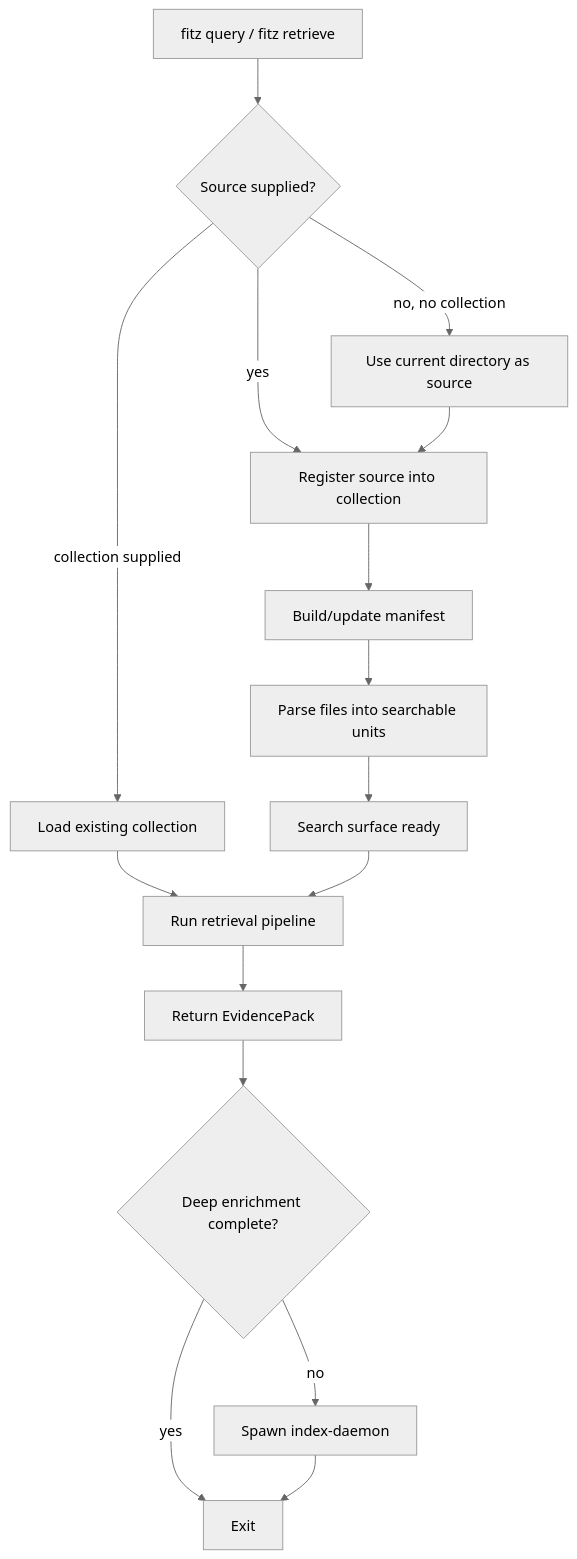
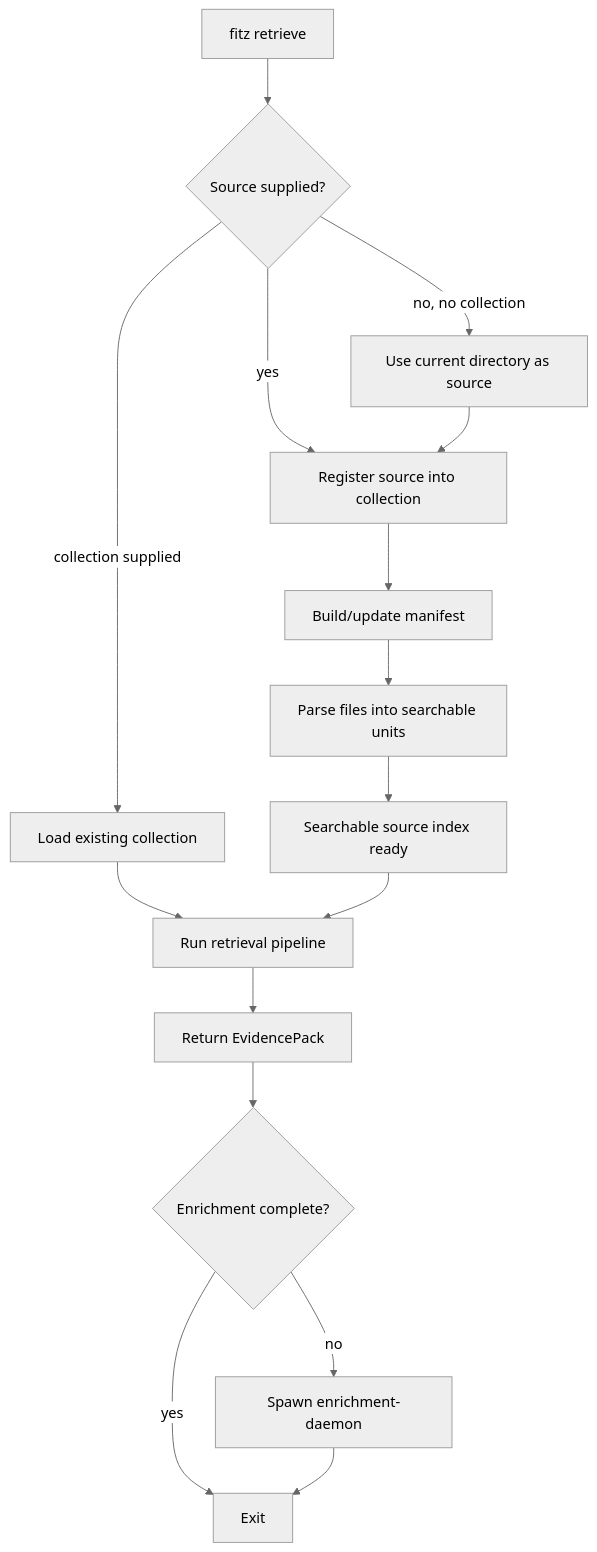
Before and after one commit to yafitzdev/fitz: the first of 4 diagrams in docs/RETRIEVAL_PIPELINE.md, drawn with Mermaid (neutral theme). The commit also changed other lines of this file and 446 other files, not shown here.

````diff
--- a/docs/RETRIEVAL_PIPELINE.md
+++ b/docs/RETRIEVAL_PIPELINE.md
@@ -39,18 +39,18 @@
 ```mermaid
 flowchart TD
-    A["fitz query / fitz retrieve"] --> B{"Source supplied?"}
+    A["fitz retrieve"] --> B{"Source supplied?"}
     B -->|"yes"| C["Register source into collection"]
     B -->|"no, no collection"| D["Use current directory as source"]
     B -->|"collection supplied"| E["Load existing collection"]
     D --> C
     C --> F["Build/update manifest"]
     F --> G["Parse files into searchable units"]
-    G --> H["Search surface ready"]
+    G --> H["Searchable source index ready"]
     E --> I["Run retrieval pipeline"]
     H --> I
     I --> J["Return EvidencePack"]
-    J --> K{"Deep enrichment complete?"}
+    J --> K{"Enrichment complete?"}
     K -->|"yes"| L["Exit"]
-    K -->|"no"| M["Spawn index-daemon"]
+    K -->|"no"| M["Spawn enrichment-daemon"]
     M --> L
 ```
````
